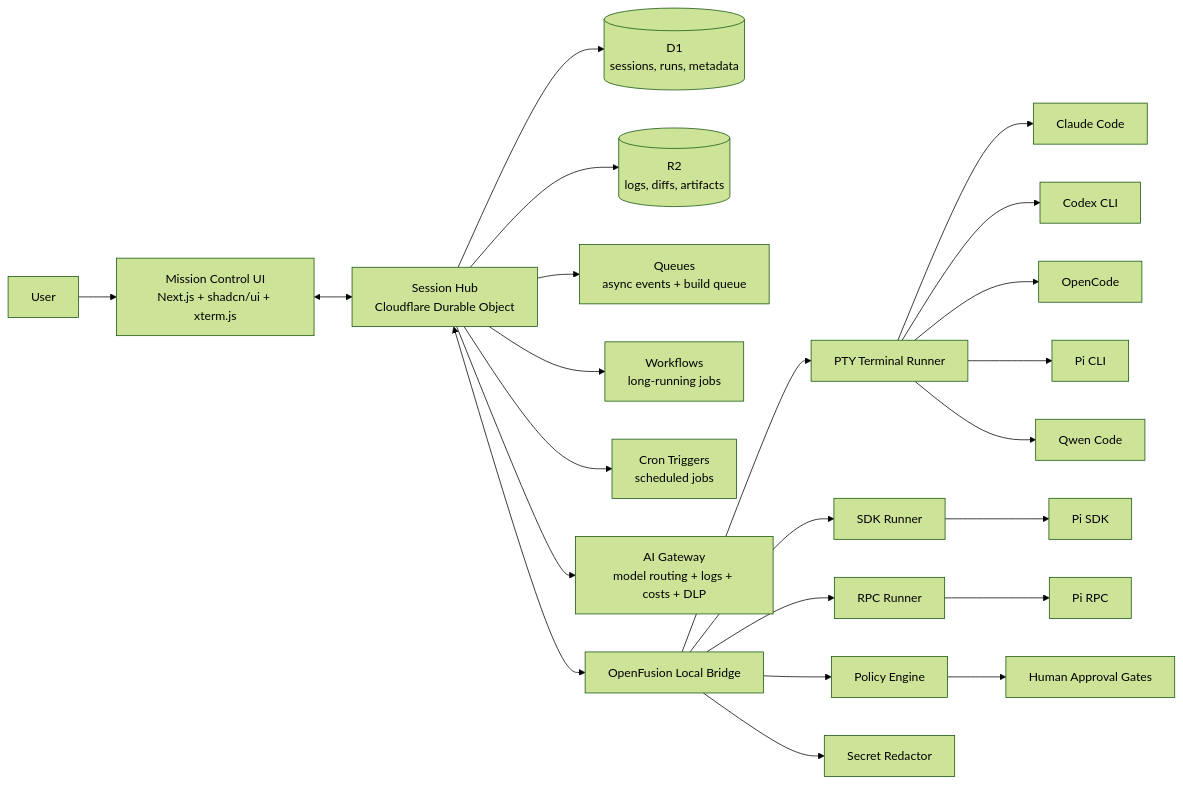
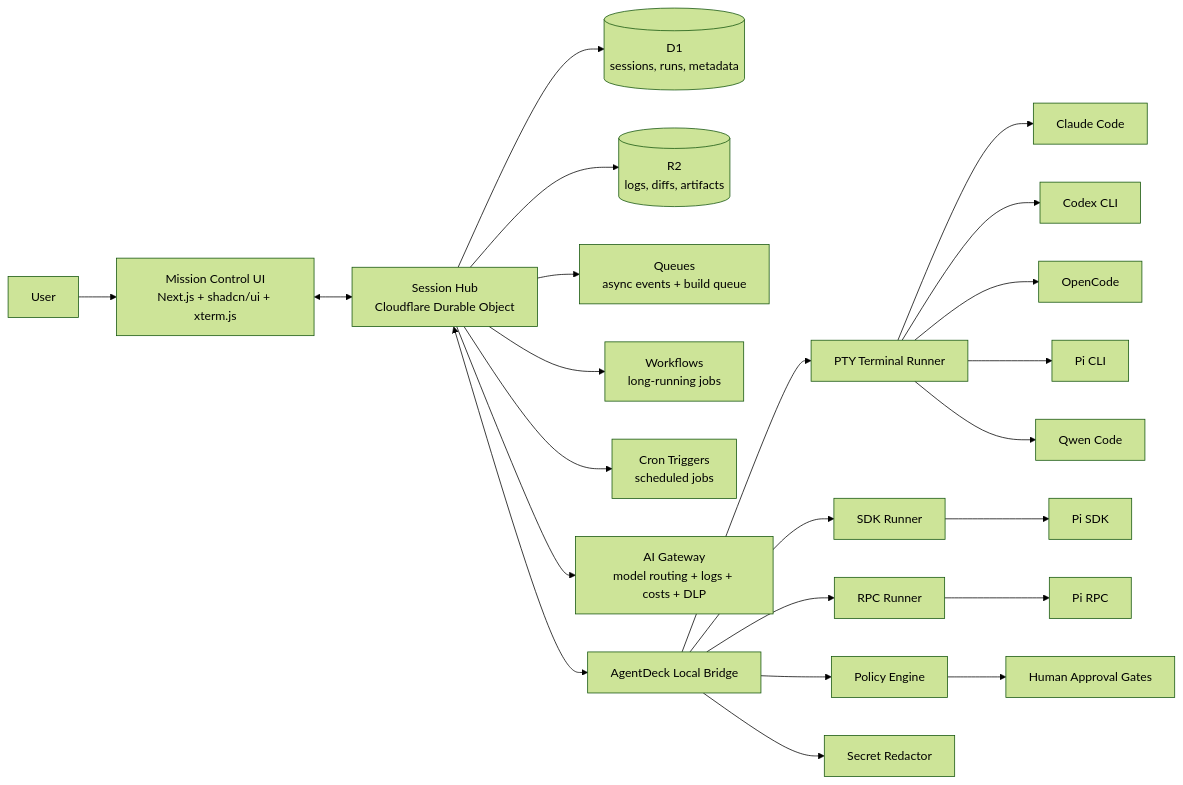
The third of 23 diagrams in Docs/PRODUCT_EXPLAINER_WITH_DIAGRAM.md (itsVijayCoder/agentDeck), drawn with Mermaid (forest theme) before and after one commit. The commit also changed other lines of this file and 86 other files, not shown here.

First line of the commit message:
refactor: rename project from openfusion to AgentDeck

````diff
--- a/Docs/PRODUCT_EXPLAINER_WITH_DIAGRAM.md
+++ b/Docs/PRODUCT_EXPLAINER_WITH_DIAGRAM.md
@@ -215,32 +215,32 @@
 ```mermaid
 flowchart LR
     U[User] --> UI[Mission Control UI<br/>Next.js + shadcn/ui + xterm.js]
 
     UI <--> DO[Session Hub<br/>Cloudflare Durable Object]
 
     DO --> D1[(D1<br/>sessions, runs, metadata)]
     DO --> R2[(R2<br/>logs, diffs, artifacts)]
     DO --> Q[Queues<br/>async events + build queue]
     DO --> WF[Workflows<br/>long-running jobs]
     DO --> CRON[Cron Triggers<br/>scheduled jobs]
     DO --> AIG[AI Gateway<br/>model routing + logs + costs + DLP]
 
-    DO <--> LB[OpenFusion Local Bridge]
+    DO <--> LB[AgentDeck Local Bridge]
 
     LB --> PTY[PTY Terminal Runner]
     LB --> SDK[SDK Runner]
     LB --> RPC[RPC Runner]
     LB --> POL[Policy Engine]
     LB --> RED[Secret Redactor]
 
     PTY --> CC[Claude Code]
     PTY --> CX[Codex CLI]
     PTY --> OC[OpenCode]
     PTY --> PI_CLI[Pi CLI]
     PTY --> QW[Qwen Code]
 
     SDK --> PI_SDK[Pi SDK]
     RPC --> PI_RPC[Pi RPC]
 
     POL --> APR[Human Approval Gates]
 ```
````
